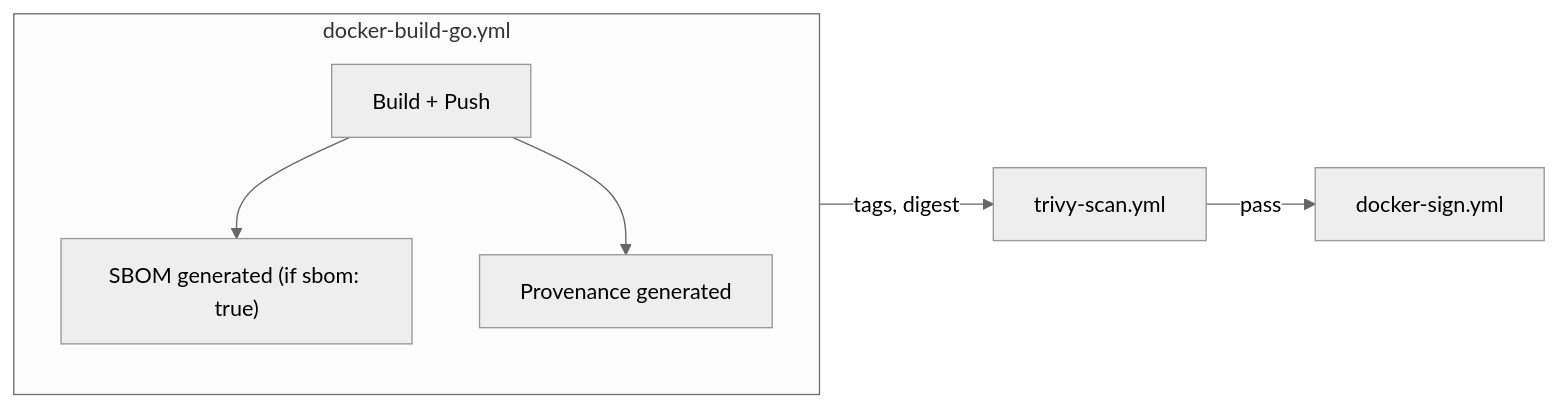
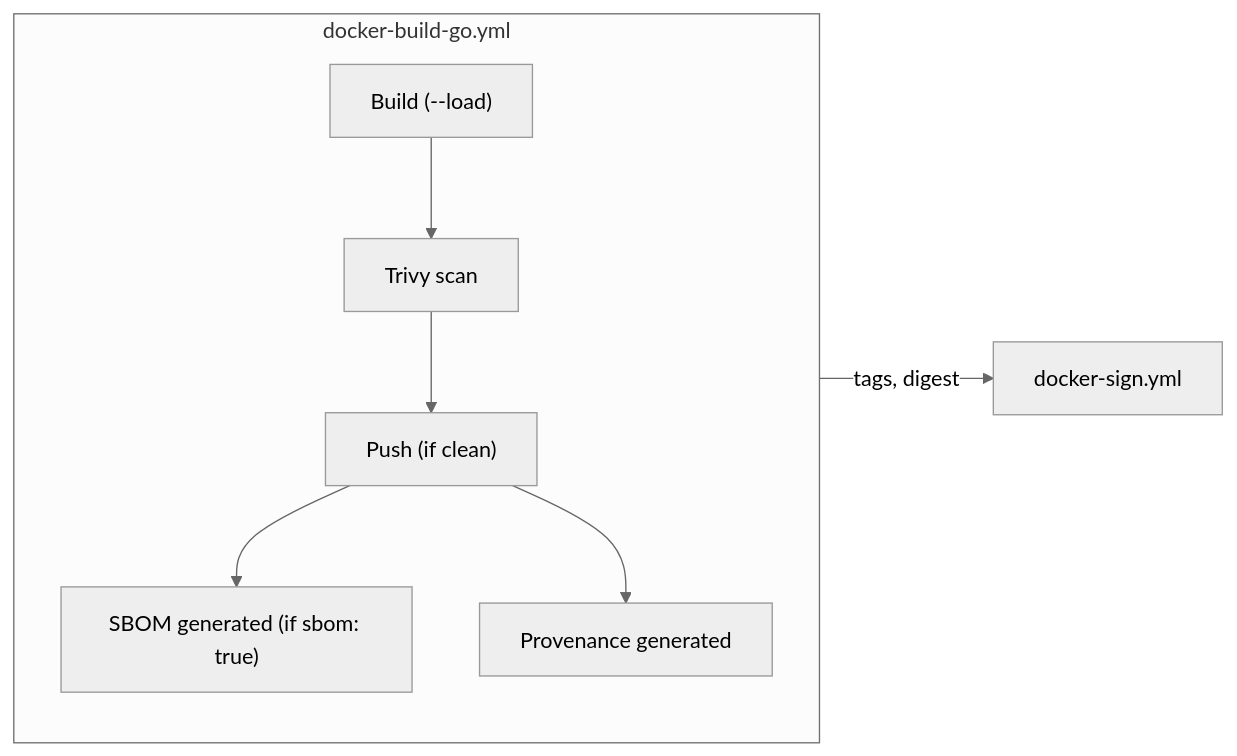
Before and after one commit to duynhlab/homelab: diagram 12 of 12 in docs/platform/cicd.md, drawn with Mermaid (neutral theme). The commit also changed other lines of this file and 56 other files, not shown here.

````diff
--- a/docs/platform/cicd.md
+++ b/docs/platform/cicd.md
@@ -463,14 +540,17 @@
 ```mermaid
 flowchart LR
     subgraph buildJob ["docker-build-go.yml"]
-        BUILD["Build + Push"]
+        BUILD_LOCAL["Build (--load)"]
+        SCAN["Trivy scan"]
+        PUSH["Push (if clean)"]
         SBOM_GEN["SBOM generated (if sbom: true)"]
         PROV_GEN["Provenance generated"]
     end
 
-    BUILD --> SBOM_GEN
-    BUILD --> PROV_GEN
+    BUILD_LOCAL --> SCAN
+    SCAN --> PUSH
+    PUSH --> SBOM_GEN
+    PUSH --> PROV_GEN
 
-    buildJob -->|"tags, digest"| TRIVY["trivy-scan.yml"]
-    TRIVY -->|"pass"| SIGN["docker-sign.yml"]
+    buildJob -->|"tags, digest"| SIGN["docker-sign.yml"]
 ```
````
